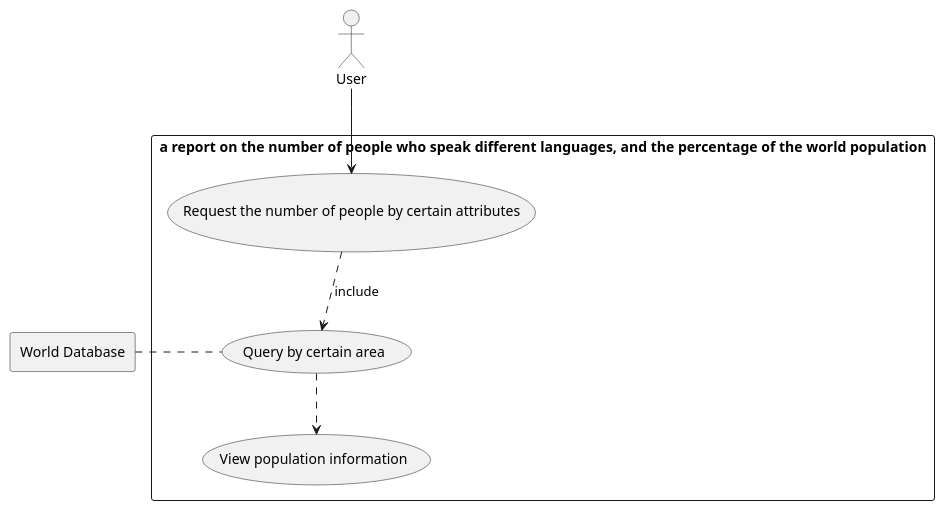
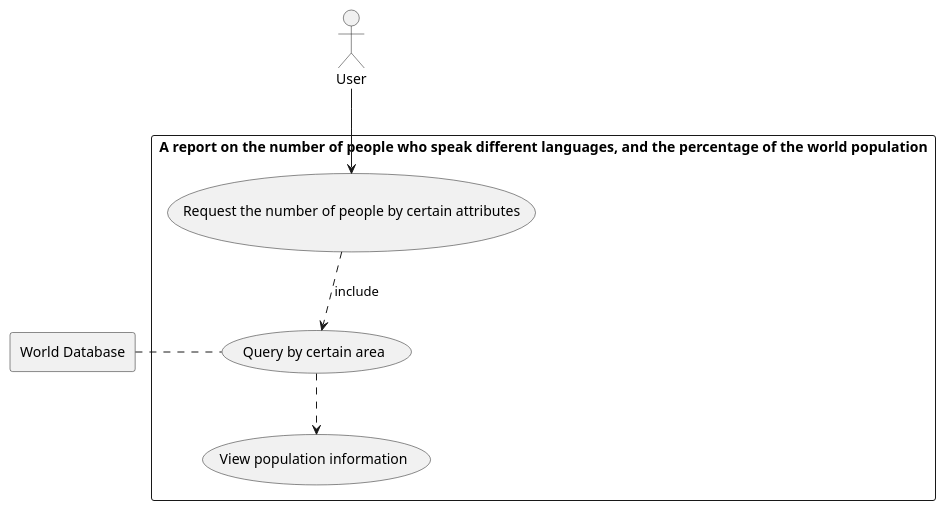
Before and after one commit to bobooo40/sam: the diagram in use-case/use-case-9.puml, drawn with PlantUML. The commit also changed other lines of this file and 6 other files, not shown here.

Commit message:
Fix UML Diagram

```diff
--- a/use-case/use-case-9.puml
+++ b/use-case/use-case-9.puml
@@ -2,24 +2,24 @@
 @startuml
 'Delecare skinparam
 skinparam packageStyle rectangle
 'Declare actor as user
 actor User
 'Declare database as D for world sql
 rectangle "World Database" as D
 
-rectangle "a report on the number of people who speak different languages, and the percentage of the world population" {
+rectangle "A report on the number of people who speak different languages, and the percentage of the world population" {
 'Delcare usecase information
 usecase UC1 as "Request the number of people by certain attributes"
 usecase UC2 as "Query by certain area"
 usecase UC3 as "View population information"
 
 'Start usecase diagram
 User --> UC1
 '(start) -down-> UC1
 UC1 .down.> UC2:include
 UC2 .left. D
 UC2 .down.> UC3
 }
 
 'End usecase diagram
-@endum
+@enduml
```
